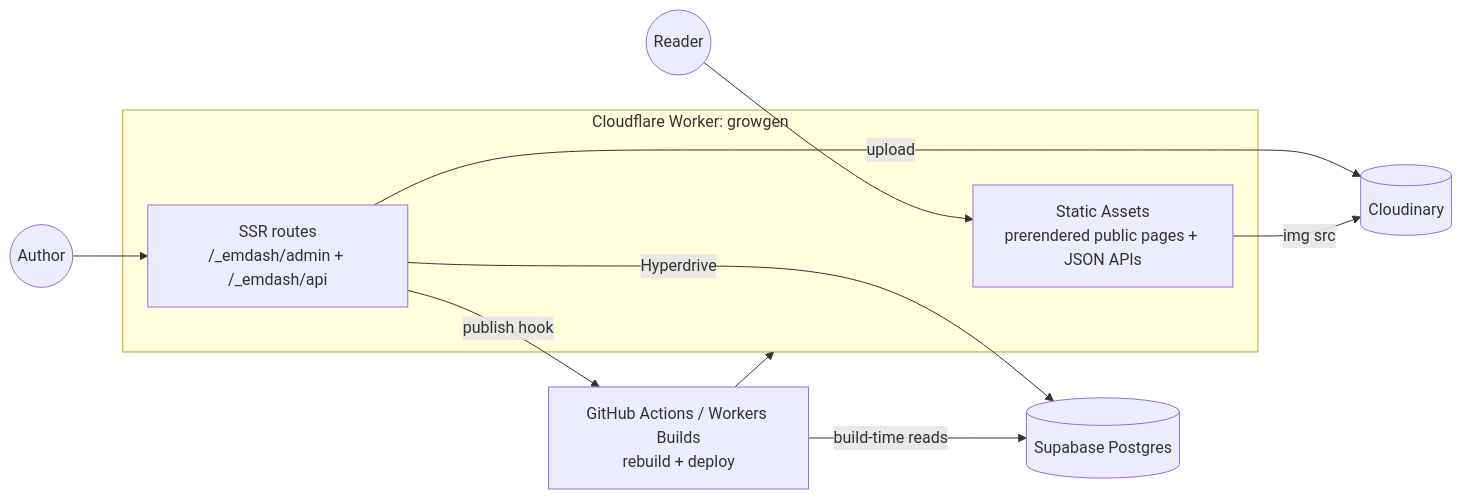
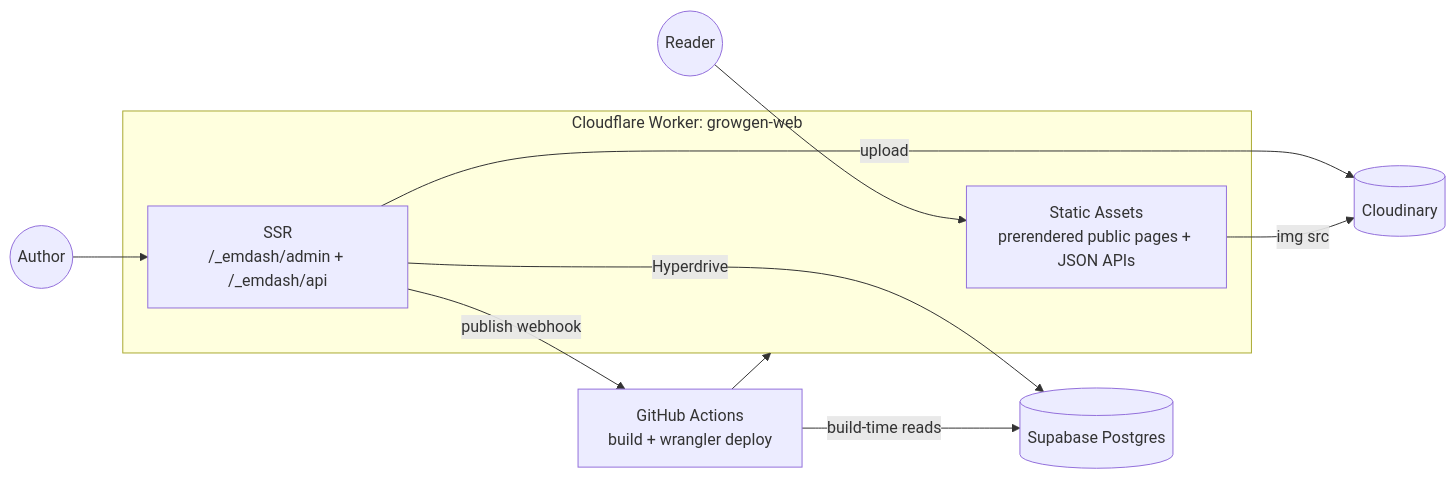
Before and after one commit to gongbaodd/blog.gongbushang.com: the first of 2 diagrams in docs/plan/emdash-migration-plan.md, drawn with Mermaid. The commit also changed other lines of this file, not shown here.

````diff
--- a/docs/plan/emdash-migration-plan.md
+++ b/docs/plan/emdash-migration-plan.md
@@ -73,15 +78,15 @@
 ```mermaid
 flowchart LR
-  subgraph CF[Cloudflare Worker: growgen]
+  subgraph CF[Cloudflare Worker: growgen-web]
     SA[Static Assets<br/>prerendered public pages + JSON APIs]
-    SSR[SSR routes<br/>/_emdash/admin + /_emdash/api]
+    SSR[SSR<br/>/_emdash/admin + /_emdash/api]
   end
   Editor((Author)) --> SSR
   Reader((Reader)) --> SA
   SSR -- Hyperdrive --> PG[(Supabase Postgres)]
   SSR -- upload --> CL[(Cloudinary)]
   SA -- img src --> CL
-  SSR -- publish hook --> GH[GitHub Actions / Workers Builds<br/>rebuild + deploy]
+  SSR -- publish webhook --> GH[GitHub Actions<br/>build + wrangler deploy]
   GH -- build-time reads --> PG
   GH --> CF
 ```
````
